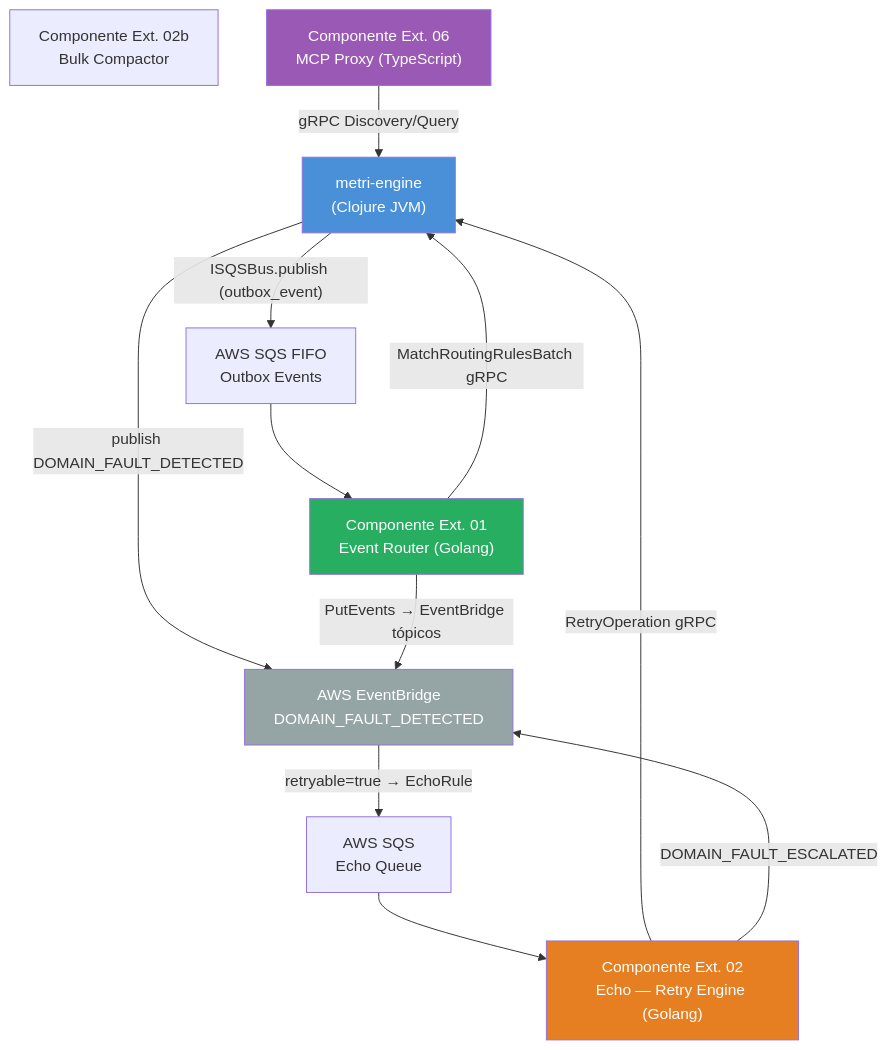
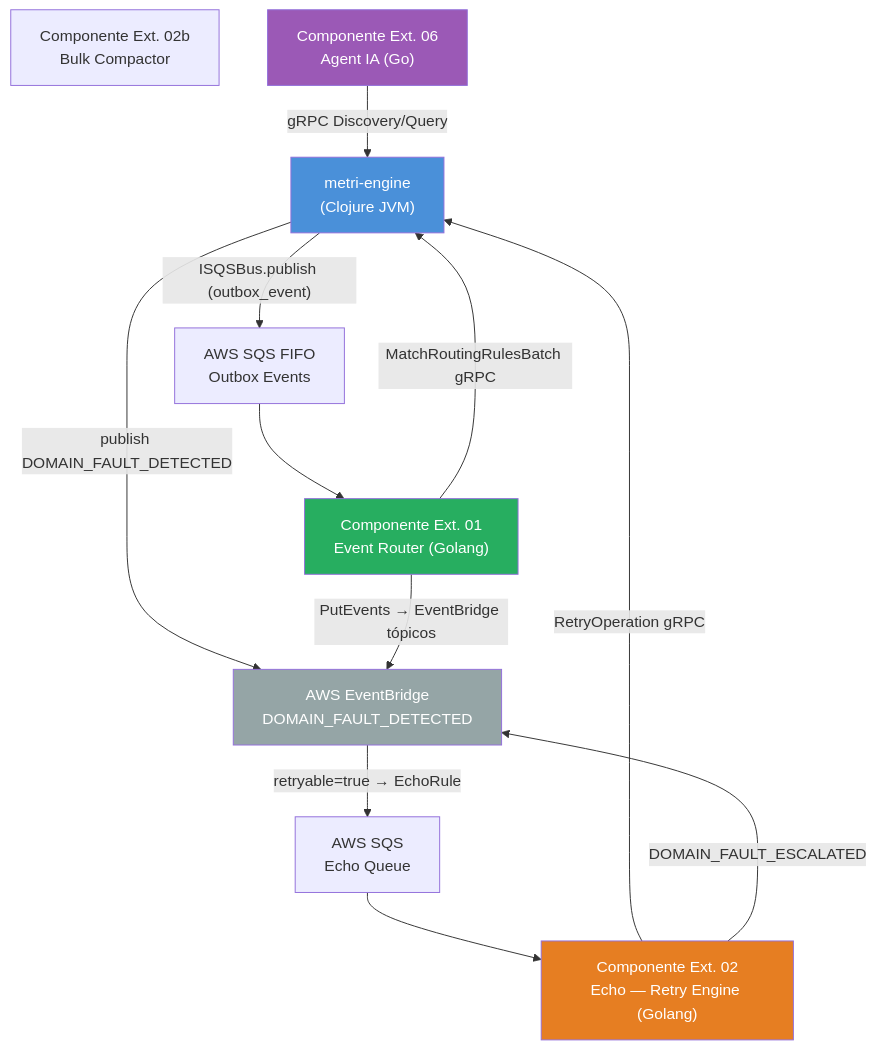
Before and after one commit to metritechnology/metri-engine: the diagram in docs/architecture/ANEXO_ESTRUCTURA_CODIGO.md, drawn with Mermaid. The commit also changed other lines of this file and 538 other files, not shown here.

````diff
--- a/docs/architecture/ANEXO_ESTRUCTURA_CODIGO.md
+++ b/docs/architecture/ANEXO_ESTRUCTURA_CODIGO.md
@@ -508,31 +509,31 @@
 ```mermaid
 graph TD
     ME["metri-engine<br/>(Clojure JVM)"]
     ER["Componente Ext. 01<br/>Event Router (Golang)"]
     EC["Componente Ext. 02<br/>Echo — Retry Engine (Golang)"]
     BC["Componente Ext. 02b<br/>Bulk Compactor"]
-    MC["Componente Ext. 06<br/>MCP Proxy (TypeScript)"]
+    MC["Componente Ext. 06<br/>Agent IA (Go)"]
 
     EB["AWS EventBridge<br/>DOMAIN_FAULT_DETECTED"]
     SQS_OUT["AWS SQS FIFO<br/>Outbox Events"]
     SQS_ECHO["AWS SQS<br/>Echo Queue"]
 
     ME -->|"publish DOMAIN_FAULT_DETECTED"| EB
     EB -->|"retryable=true → EchoRule"| SQS_ECHO
     SQS_ECHO --> EC
     EC -->|"RetryOperation gRPC"| ME
     EC -->|"DOMAIN_FAULT_ESCALATED"| EB
 
     ME -->|"ISQSBus.publish (outbox_event)"| SQS_OUT
     SQS_OUT --> ER
     ER -->|"MatchRoutingRulesBatch gRPC"| ME
     ER -->|"PutEvents → EventBridge tópicos"| EB
 
     MC -->|"gRPC Discovery/Query"| ME
 
     style ME fill:#4a90d9,color:#fff
     style EC fill:#e67e22,color:#fff
     style ER fill:#27ae60,color:#fff
     style MC fill:#9b59b6,color:#fff
     style EB fill:#95a5a6,color:#fff
 ```
````
